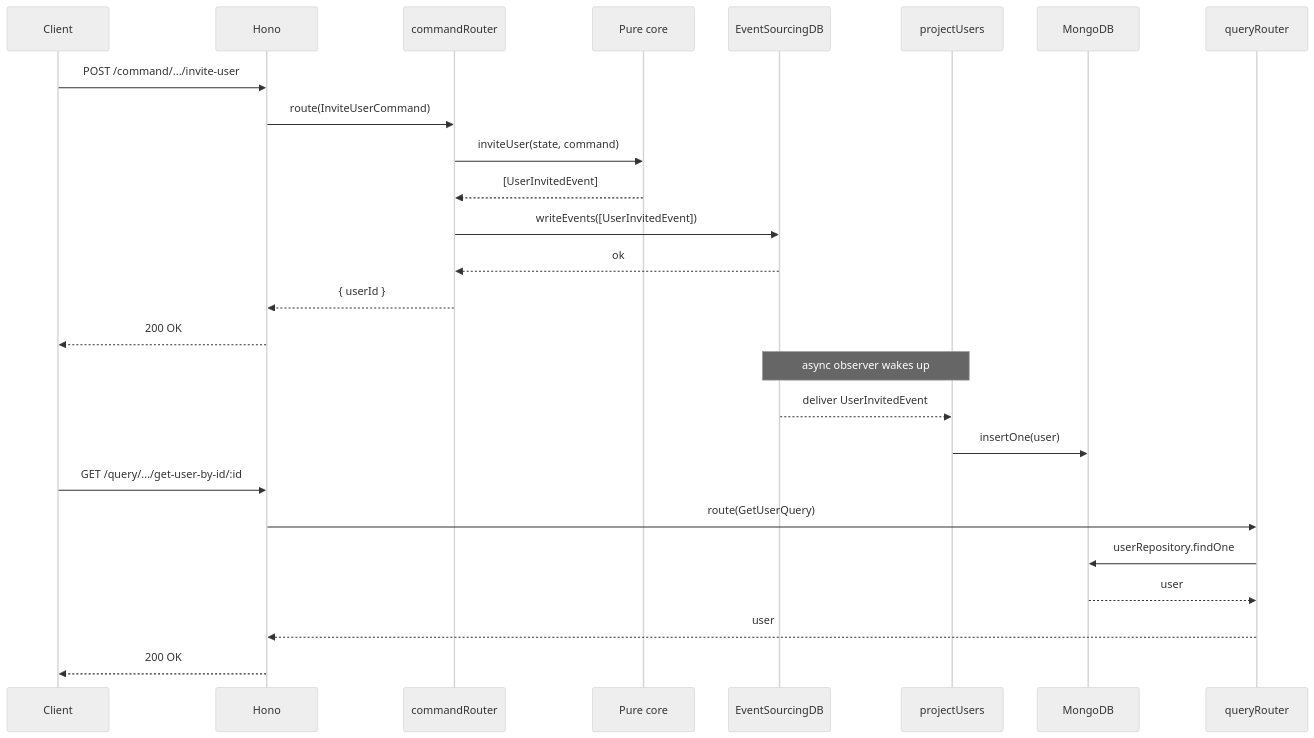
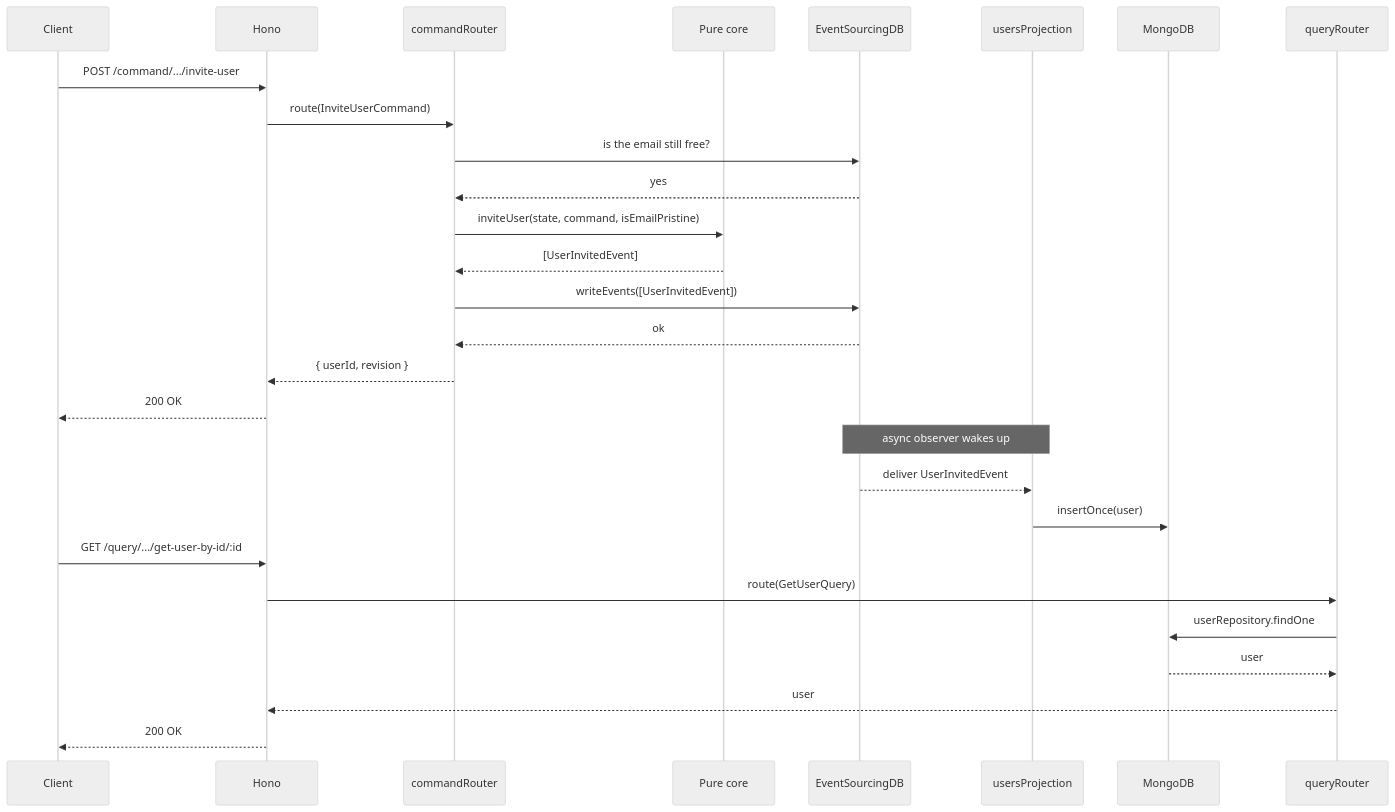
The second of 2 diagrams in docs/guide/in-depth-example.md (overlap-dev/Nimbus), drawn with Mermaid (neutral theme) before and after one commit. The commit also changed other lines of this file and 212 other files, not shown here.

````diff
--- a/docs/guide/in-depth-example.md
+++ b/docs/guide/in-depth-example.md
@@ -899,32 +1004,34 @@
 ```mermaid
 sequenceDiagram
     participant Client
     participant Hono
     participant Cmd as commandRouter
     participant Core as Pure core
     participant ESDB as EventSourcingDB
-    participant Obs as projectUsers
+    participant Obs as usersProjection
     participant Mongo as MongoDB
     participant Qry as queryRouter
 
     Client->>Hono: POST /command/.../invite-user
     Hono->>Cmd: route(InviteUserCommand)
-    Cmd->>Core: inviteUser(state, command)
+    Cmd->>ESDB: is the email still free?
+    ESDB-->>Cmd: yes
+    Cmd->>Core: inviteUser(state, command, isEmailPristine)
     Core-->>Cmd: [UserInvitedEvent]
     Cmd->>ESDB: writeEvents([UserInvitedEvent])
     ESDB-->>Cmd: ok
-    Cmd-->>Hono: { userId }
+    Cmd-->>Hono: { userId, revision }
     Hono-->>Client: 200 OK
 
     Note over ESDB,Obs: async observer wakes up
 
     ESDB-->>Obs: deliver UserInvitedEvent
-    Obs->>Mongo: insertOne(user)
+    Obs->>Mongo: insertOnce(user)
 
     Client->>Hono: GET /query/.../get-user-by-id/:id
     Hono->>Qry: route(GetUserQuery)
     Qry->>Mongo: userRepository.findOne
     Mongo-->>Qry: user
     Qry-->>Hono: user
     Hono-->>Client: 200 OK
 ```
````
